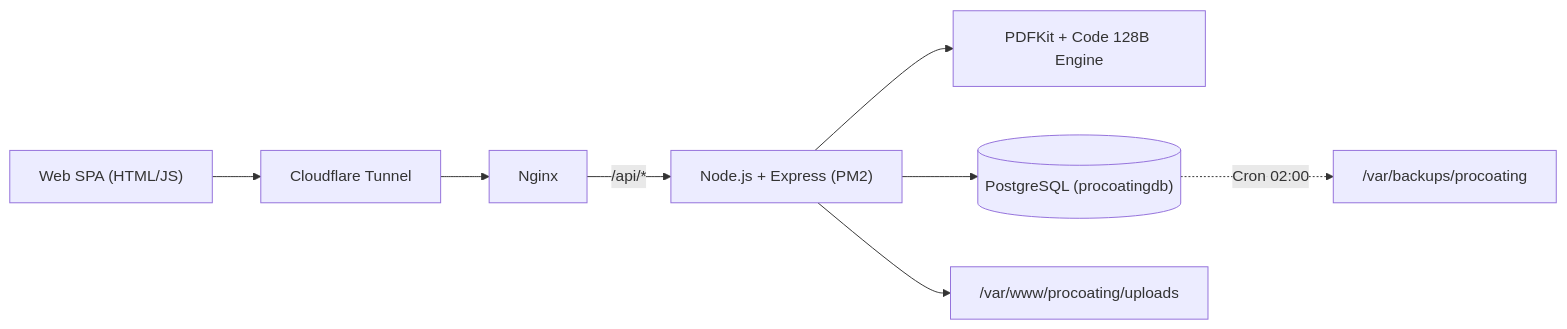
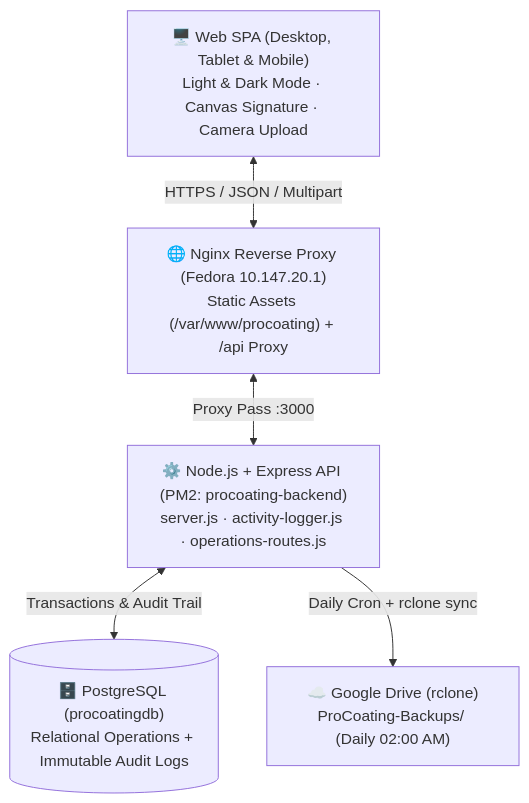
The first of 2 diagrams in README.md (alexelgordo72/ProCoating), drawn with Mermaid before and after one commit. The commit also changed other lines of this file, not shown here.

Commit message:
docs(readme): comprehensive architecture, operations lifecycle, user RBAC, audit logs, and backup guide

````diff
--- a/README.md
+++ b/README.md
@@ -11,9 +24,13 @@
 ```mermaid
-flowchart LR
-    UI["Web SPA (HTML/JS)"] --> CF["Cloudflare Tunnel"] --> NGX["Nginx"]
-    NGX -->|/api/*| API["Node.js + Express (PM2)"]
-    API --> PDF["PDFKit + Code 128B Engine"]
-    API --> DB[("PostgreSQL (procoatingdb)")]
-    API --> UP["/var/www/procoating/uploads"]
-    DB -.->|Cron 02:00| BAK["/var/backups/procoating"]
+flowchart TB
+    UI["🖥️ Web SPA (Desktop, Tablet & Mobile)<br/>Light & Dark Mode · Canvas Signature · Camera Upload"]
+    NGINX["🌐 Nginx Reverse Proxy (Fedora 10.147.20.1)<br/>Static Assets (/var/www/procoating) + /api Proxy"]
+    API["⚙️ Node.js + Express API (PM2: procoating-backend)<br/>server.js · activity-logger.js · operations-routes.js"]
+    PG[("🗄️ PostgreSQL (procoatingdb)<br/>Relational Operations + Immutable Audit Logs")]
+    GDRIVE["☁️ Google Drive (rclone)<br/>ProCoating-Backups/ (Daily 02:00 AM)"]
+
+    UI <-->|HTTPS / JSON / Multipart| NGINX
+    NGINX <-->|Proxy Pass :3000| API
+    API <-->|Transactions & Audit Trail| PG
+    API -->|Daily Cron + rclone sync| GDRIVE
 ```
````
